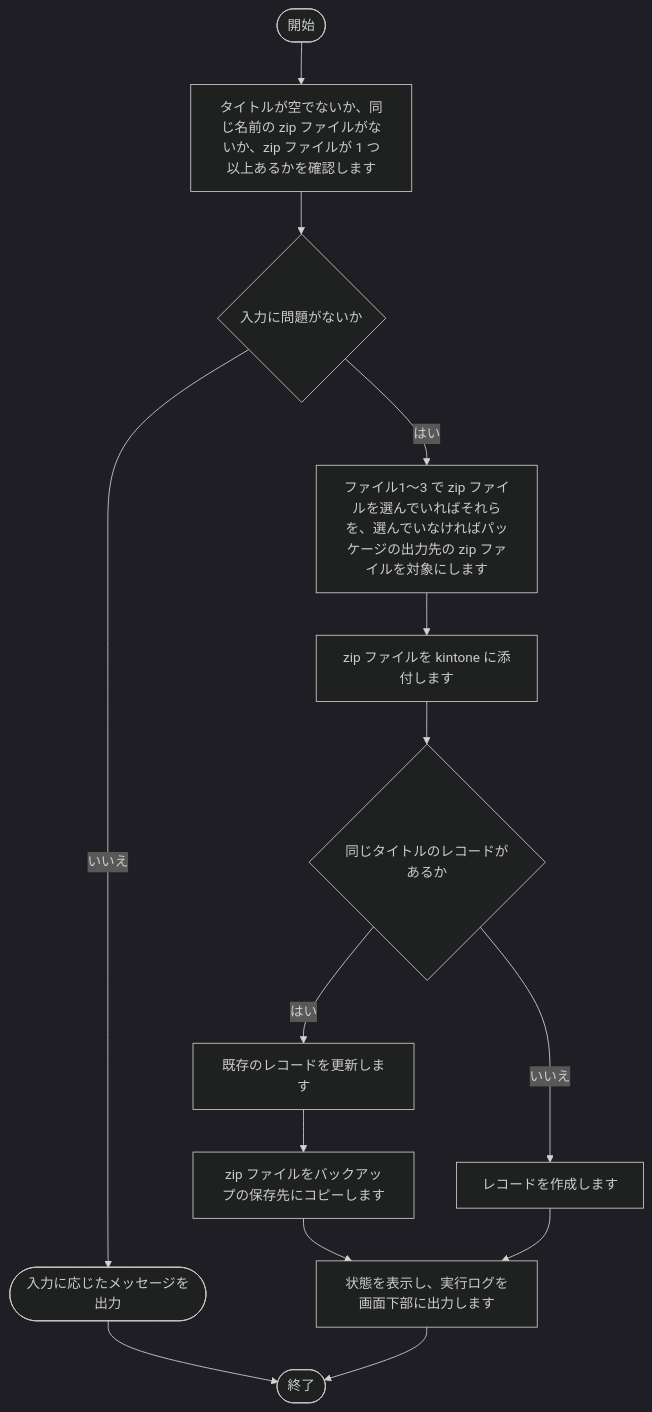
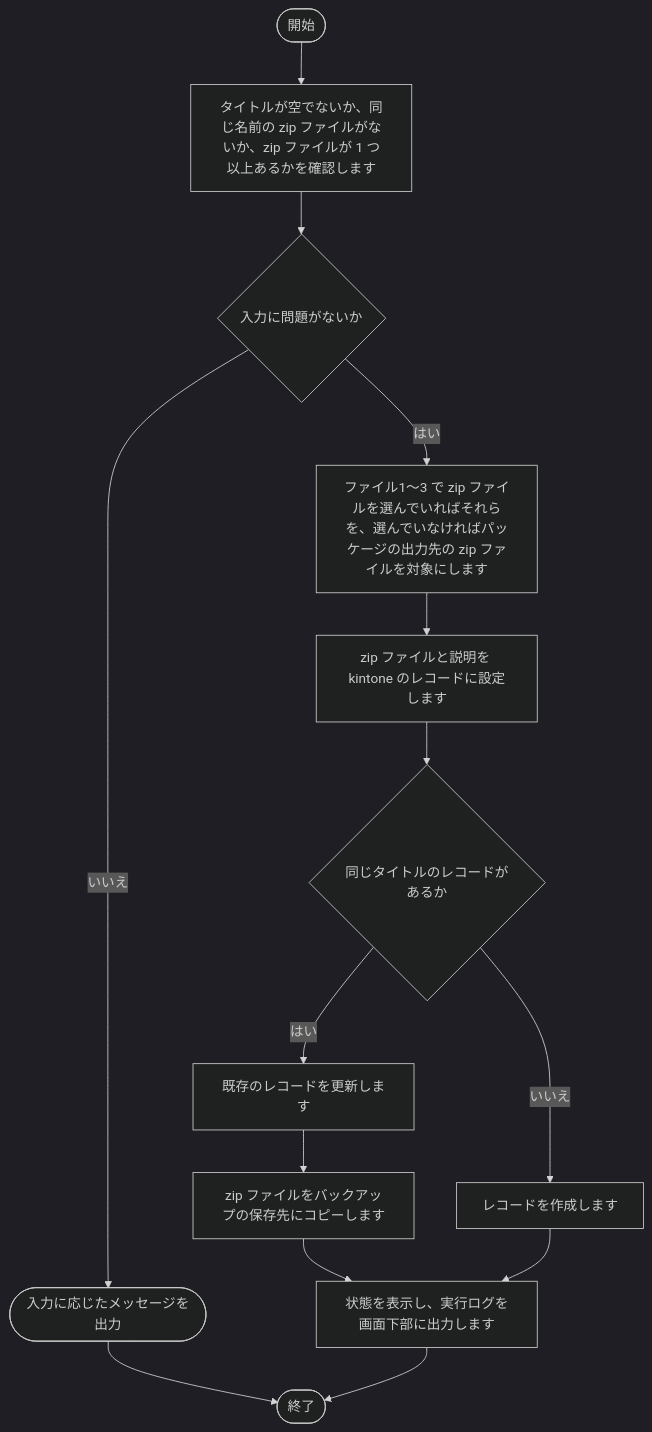
Before and after one commit to nishida2073/project_management: the third of 13 diagrams in tool/package-generator/doc/02_設計/処理フロー.md, drawn with Mermaid (dark theme). The commit also changed other lines of this file and 7 other files, not shown here.

````diff
--- a/tool/package-generator/doc/02_設計/処理フロー.md
+++ b/tool/package-generator/doc/02_設計/処理フロー.md
@@ -104,28 +104,28 @@
 ```mermaid
 flowchart TD
     S(["開始"])
     E(["終了"])
     N1["タイトルが空でないか、同じ名前の zip ファイルがないか、zip ファイルが 1 つ以上あるかを確認します"]
     S --> N1
     N2{"入力に問題がないか"}
     N1 --> N2
     X1(["入力に応じたメッセージを出力"])
     N2 -- いいえ --> X1
     X1 --> E
     N3["ファイル1〜3 で zip ファイルを選んでいればそれらを、選んでいなければパッケージの出力先の zip ファイルを対象にします"]
     N2 -- はい --> N3
-    N4["zip ファイルを kintone に添付します"]
+    N4["zip ファイルと説明を kintone のレコードに設定します"]
     N3 --> N4
     N5{"同じタイトルのレコードがあるか"}
     N4 --> N5
     N5U["既存のレコードを更新します"]
     N5 -- はい --> N5U
     N5C["レコードを作成します"]
     N5 -- いいえ --> N5C
     N5B["zip ファイルをバックアップの保存先にコピーします"]
     N5U --> N5B
     N6["状態を表示し、実行ログを画面下部に出力します"]
     N5B --> N6
     N5C --> N6
     N6 --> E
 ```
````
